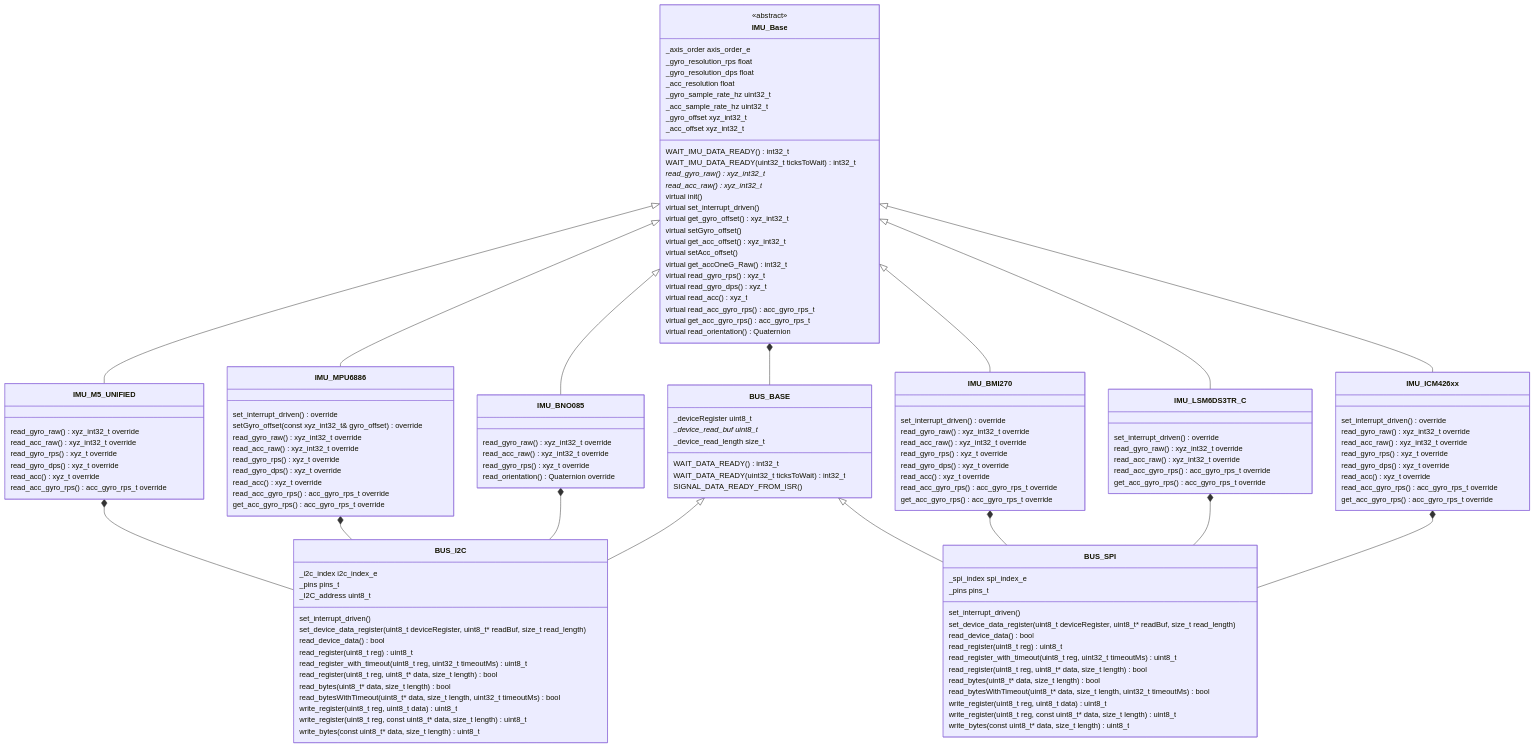
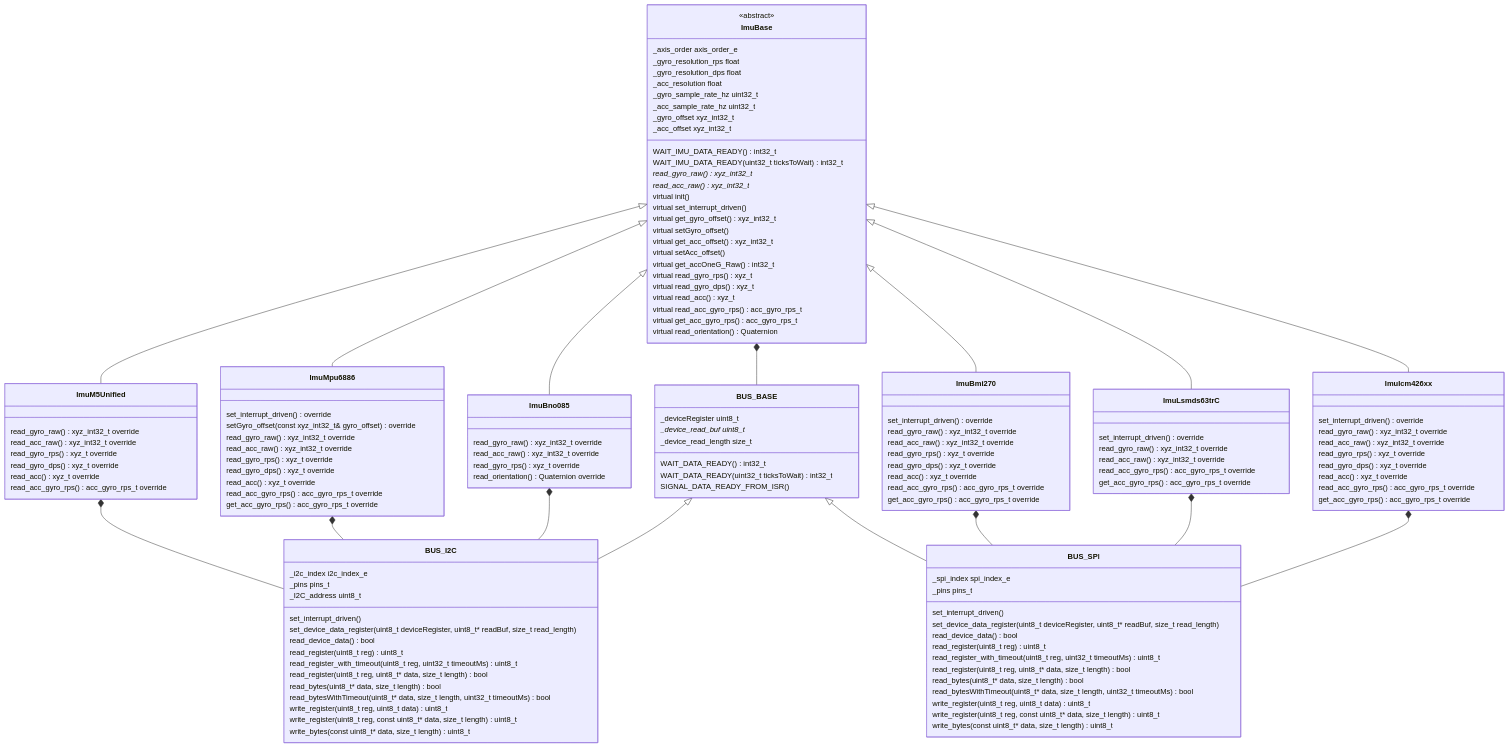
Before and after one commit to martinbudden/Library-Sensors: the diagram in README.md, drawn with Mermaid. The commit also changed other lines of this file and 50 other files, not shown here.

````diff
--- a/README.md
+++ b/README.md
@@ -80,8 +80,8 @@
         SIGNAL_DATA_READY_FROM_ISR()
     }
 
-    IMU_Base <|-- IMU_M5_UNIFIED
-    class IMU_M5_UNIFIED {
+    ImuBase <|-- ImuM5Unified
+    class ImuM5Unified {
         read_gyro_raw() xyz_int32_t override
         read_acc_raw() xyz_int32_t override
 
@@ -90,10 +90,10 @@
         read_acc() xyz_t override
         read_acc_gyro_rps() acc_gyro_rps_t override
     }
-    IMU_M5_UNIFIED *-- BUS_I2C
+    ImuM5Unified *-- BUS_I2C
 
-    IMU_Base <|-- IMU_MPU6886
-    class IMU_MPU6886 {
+    ImuBase <|-- ImuMpu6886
+    class ImuMpu6886 {
         set_interrupt_driven() override
         setGyro_offset(const xyz_int32_t& gyro_offset) override
 
@@ -106,16 +106,16 @@
         read_acc_gyro_rps() acc_gyro_rps_t override
         get_acc_gyro_rps() acc_gyro_rps_t override
     }
-    IMU_MPU6886 *-- BUS_I2C
+    ImuMpu6886 *-- BUS_I2C
 
-    IMU_Base <|-- IMU_BNO085
-    class IMU_BNO085 {
+    ImuBase <|-- ImuBno085
+    class ImuBno085 {
         read_gyro_raw() xyz_int32_t override
         read_acc_raw() xyz_int32_t override
         read_gyro_rps() xyz_t override
         read_orientation() Quaternion override
     }
-    IMU_BNO085 *-- BUS_I2C
+    ImuBno085 *-- BUS_I2C
 
     BUS_BASE <|-- BUS_I2C
     class BUS_I2C {
@@ -156,7 +156,7 @@
         write_bytes(const uint8_t* data, size_t length) uint8_t
     }
 
-    class IMU_Base {
+    class ImuBase {
         <<abstract>>
         _axis_order axis_order_e
         _gyro_resolution_rps float
@@ -189,10 +189,10 @@
 
         virtual read_orientation() Quaternion
     }
-    IMU_Base *-- BUS_BASE
+    ImuBase *-- BUS_BASE
 
-    IMU_Base <|-- IMU_BMI270
-    class IMU_BMI270 {
+    ImuBase <|-- ImuBmi270
+    class ImuBmi270 {
         set_interrupt_driven() override
 
         read_gyro_raw() xyz_int32_t override
@@ -204,10 +204,10 @@
         read_acc_gyro_rps() acc_gyro_rps_t override
         get_acc_gyro_rps() acc_gyro_rps_t override
     }
-    IMU_BMI270 *-- BUS_SPI
+    ImuBmi270 *-- BUS_SPI
 
-    IMU_Base <|-- IMU_LSM6DS3TR_C
-    class IMU_LSM6DS3TR_C {
+    ImuBase <|-- ImuLsmds63trC
+    class ImuLsmds63trC {
         set_interrupt_driven() override
 
         read_gyro_raw() xyz_int32_t override
@@ -215,10 +215,10 @@
         read_acc_gyro_rps() acc_gyro_rps_t override
         get_acc_gyro_rps() acc_gyro_rps_t override
     }
-    IMU_LSM6DS3TR_C *-- BUS_SPI
+    ImuLsmds63trC *-- BUS_SPI
 
-    IMU_Base <|-- IMU_ICM426xx
-    class IMU_ICM426xx {
+    ImuBase <|-- ImuIcm426xx
+    class ImuIcm426xx {
         set_interrupt_driven() override
 
         read_gyro_raw() xyz_int32_t override
@@ -230,5 +230,5 @@
         read_acc_gyro_rps() acc_gyro_rps_t override
         get_acc_gyro_rps() acc_gyro_rps_t override
     }
-    IMU_ICM426xx *-- BUS_SPI
+    ImuIcm426xx *-- BUS_SPI
 ```
````
